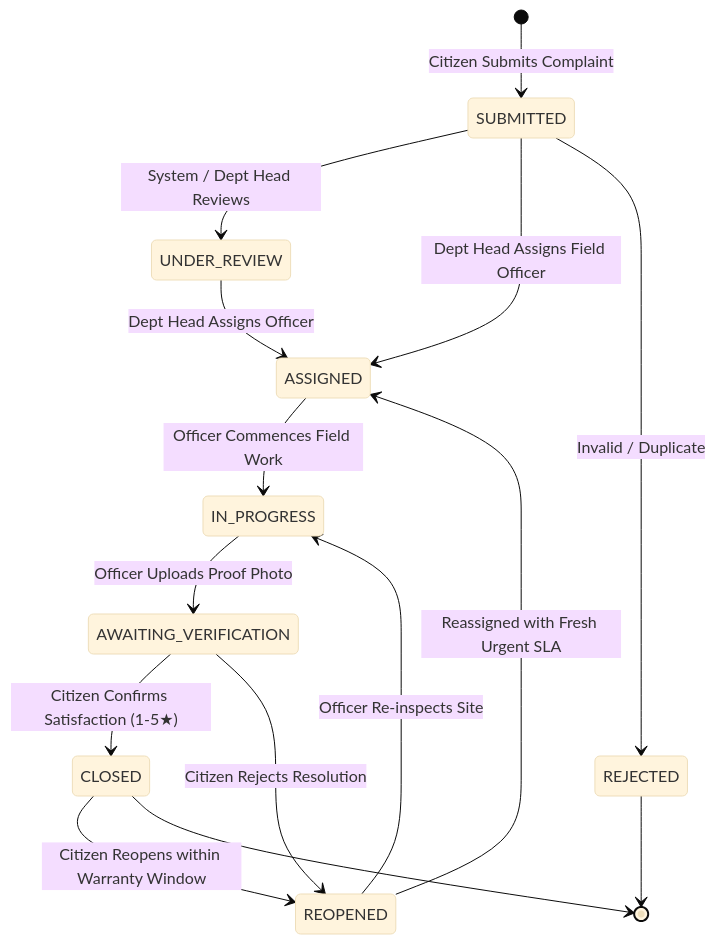
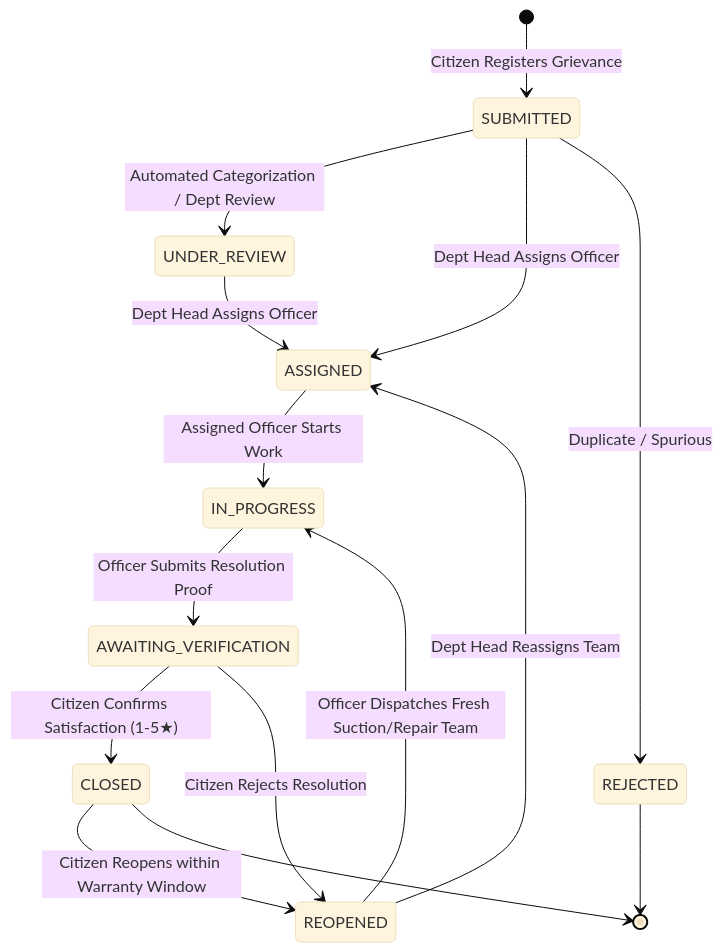
Before and after one commit to DevSolanki13/Public-Grivance-System: the second of 2 diagrams in README.md, drawn with Mermaid (base theme). The commit also changed other lines of this file, not shown here.

Commit message:
docs: comprehensive README overhaul with complete architecture diagrams, role features, security matrix, setup guide, and examiner FAQ

````diff
--- a/README.md
+++ b/README.md
@@ -93,17 +77,17 @@
 ```mermaid
 stateDiagram-v2
-    [*] --> SUBMITTED: Citizen Submits Complaint
-    SUBMITTED --> UNDER_REVIEW: System / Dept Head Reviews
-    SUBMITTED --> ASSIGNED: Dept Head Assigns Field Officer
-    SUBMITTED --> REJECTED: Invalid / Duplicate
+    [*] --> SUBMITTED: Citizen Registers Grievance
+    SUBMITTED --> UNDER_REVIEW: Automated Categorization / Dept Review
+    SUBMITTED --> ASSIGNED: Dept Head Assigns Officer
+    SUBMITTED --> REJECTED: Duplicate / Spurious
     UNDER_REVIEW --> ASSIGNED: Dept Head Assigns Officer
-    ASSIGNED --> IN_PROGRESS: Officer Commences Field Work
-    IN_PROGRESS --> AWAITING_VERIFICATION: Officer Uploads Proof Photo
+    ASSIGNED --> IN_PROGRESS: Assigned Officer Starts Work
+    IN_PROGRESS --> AWAITING_VERIFICATION: Officer Submits Resolution Proof
     AWAITING_VERIFICATION --> CLOSED: Citizen Confirms Satisfaction (1-5★)
     AWAITING_VERIFICATION --> REOPENED: Citizen Rejects Resolution
-    REOPENED --> ASSIGNED: Reassigned with Fresh Urgent SLA
-    REOPENED --> IN_PROGRESS: Officer Re-inspects Site
+    REOPENED --> ASSIGNED: Dept Head Reassigns Team
+    REOPENED --> IN_PROGRESS: Officer Dispatches Fresh Suction/Repair Team
     CLOSED --> REOPENED: Citizen Reopens within Warranty Window
     CLOSED --> [*]
     REJECTED --> [*]
 ```
````
